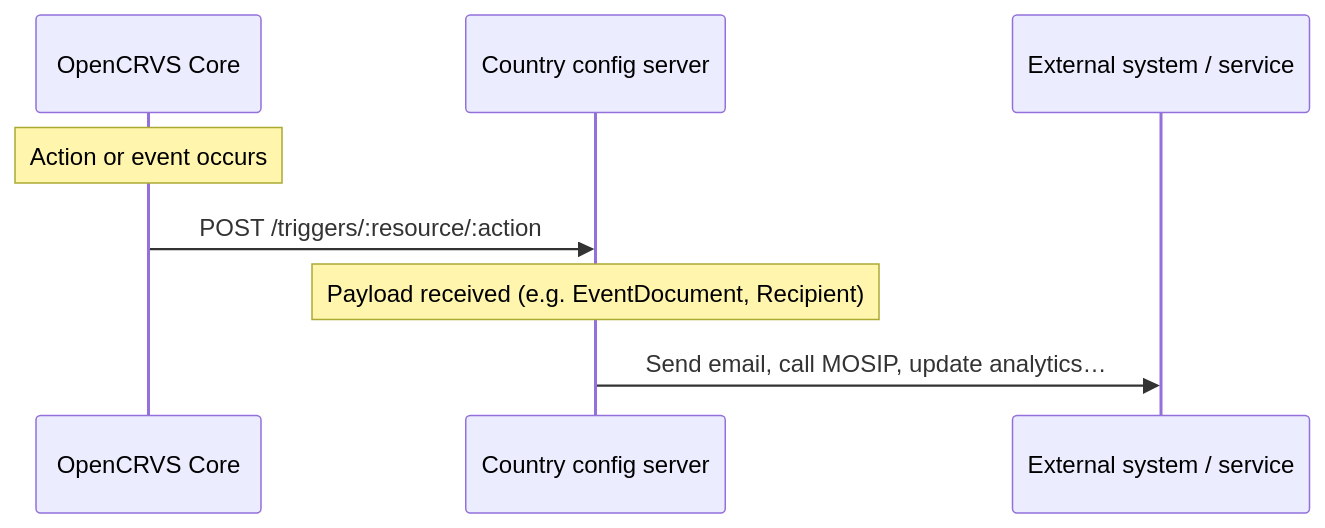
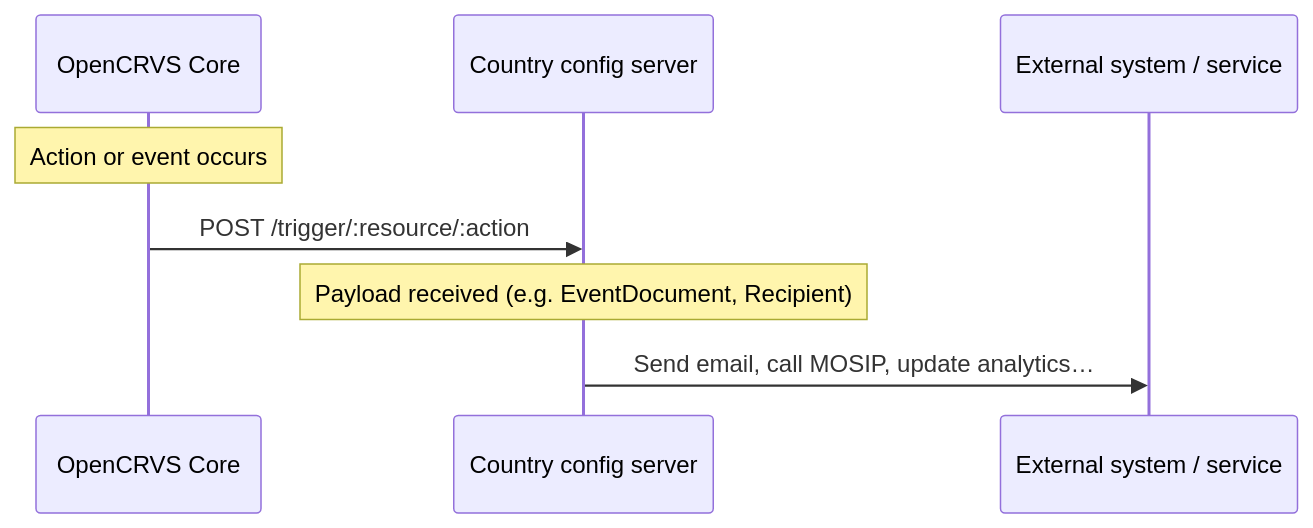
One commit to opencrvs/documentation changed the diagram in v2.1.0/technical/guides/configuration/action-triggers/README.md. Above: the diagram before and after it, drawn with Mermaid. The commit also changed other lines of this file and 20 other files, not shown here.

First line of the commit message:
docs(v2.1.0): document action confirmation, /trigger routes, scopes, account recovery and MOSIP in core

````diff
--- a/v2.1.0/technical/guides/configuration/action-triggers/README.md
+++ b/v2.1.0/technical/guides/configuration/action-triggers/README.md
@@ -5,11 +5,11 @@
 ```mermaid
 sequenceDiagram
     participant Core as OpenCRVS Core
     participant Config as Country config server
     participant Ext as External system / service
 
     Note over Core: Action or event occurs
-    Core->>Config: POST /triggers/:resource/:action
+    Core->>Config: POST /trigger/:resource/:action
     Note over Config: Payload received (e.g. EventDocument, Recipient)
     Config->>Ext: Send email, call MOSIP, update analytics…
 ```
````
